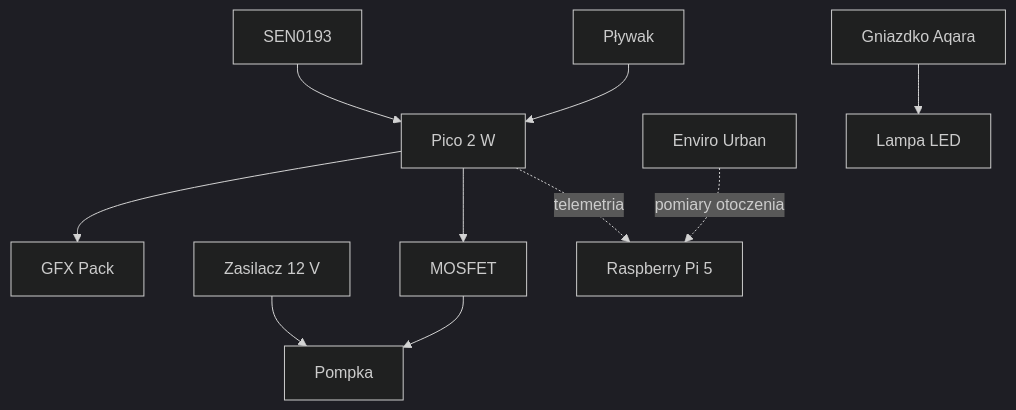
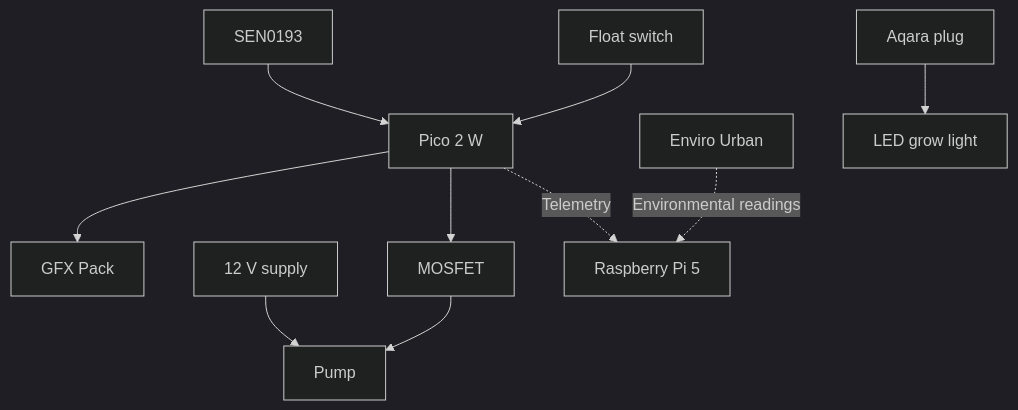
One commit to gc2k10/chili-farm changed the diagram in docs/hardware.md. Above: the diagram before and after it, drawn with Mermaid (dark theme). The commit also changed other lines of this file, not shown here.

````diff
--- a/docs/hardware.md
+++ b/docs/hardware.md
@@ -19,12 +19,12 @@
 ```mermaid
 flowchart TD
     Soil["SEN0193"] --> Pico["Pico 2 W"]
-    Float["Pływak"] --> Pico
+    Float["Float switch"] --> Pico
     Pico --> Screen["GFX Pack"]
     Pico --> MOS["MOSFET"]
-    Power["Zasilacz 12 V"] --> Pump["Pompka"]
+    Power["12 V supply"] --> Pump["Pump"]
     MOS --> Pump
-    Pico -. "telemetria" .-> Pi["Raspberry Pi 5"]
-    Enviro["Enviro Urban"] -. "pomiary otoczenia" .-> Pi
-    Aqara["Gniazdko Aqara"] --> Lamp["Lampa LED"]
+    Pico -. "Telemetry" .-> Pi["Raspberry Pi 5"]
+    Enviro["Enviro Urban"] -. "Environmental readings" .-> Pi
+    Aqara["Aqara plug"] --> Lamp["LED grow light"]
 ```
````
